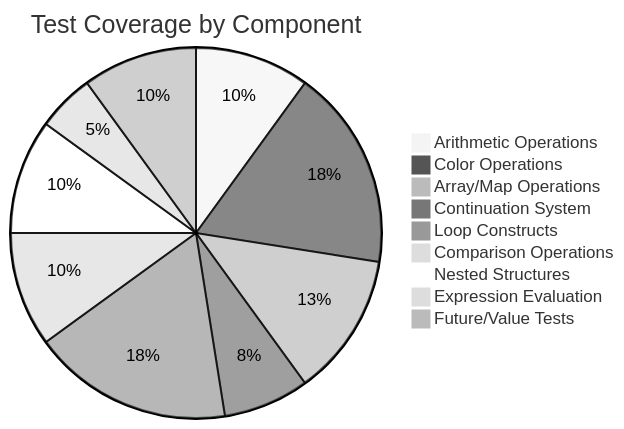
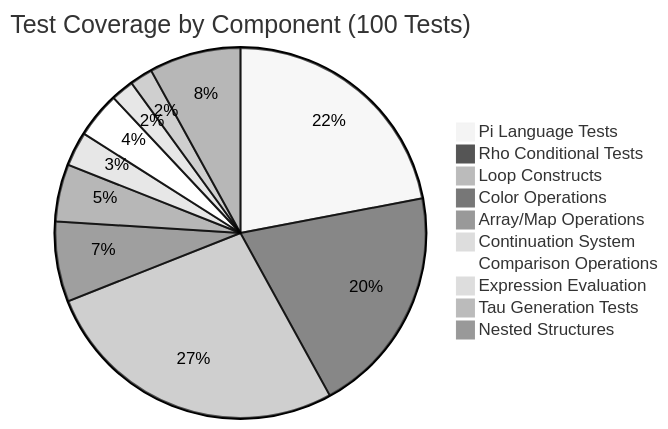
Before and after one commit to cschladetsch/RustCustomLang: diagram 12 of 14 in README.md, drawn with Mermaid (neutral theme). The commit also changed other lines of this file and 19 other files, not shown here.

````diff
--- a/README.md
+++ b/README.md
@@ -452,12 +452,13 @@
 ```mermaid
-pie title Test Coverage by Component
-    "Arithmetic Operations" : 4
+pie title Test Coverage by Component (100 Tests)
+    "Pi Language Tests" : 22
+    "Rho Conditional Tests" : 20
+    "Loop Constructs" : 27
     "Color Operations" : 7
     "Array/Map Operations" : 5
     "Continuation System" : 3
-    "Loop Constructs" : 7
     "Comparison Operations" : 4
-    "Nested Structures" : 4
     "Expression Evaluation" : 2
-    "Future/Value Tests" : 4
+    "Tau Generation Tests" : 2
+    "Nested Structures" : 8
 ```
````
